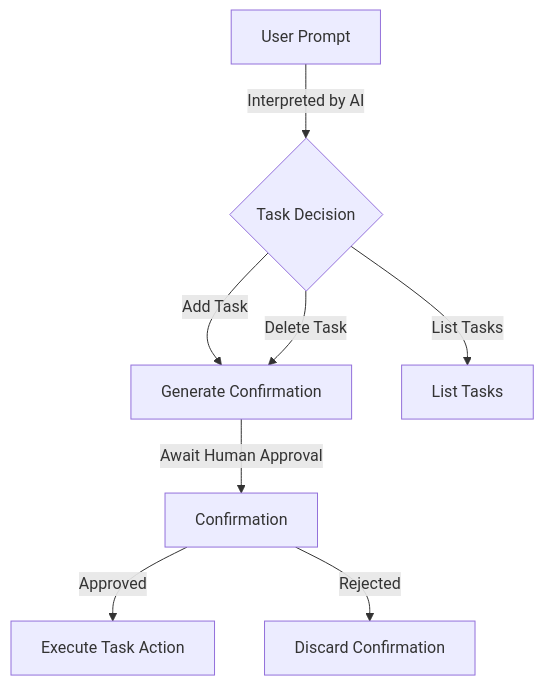
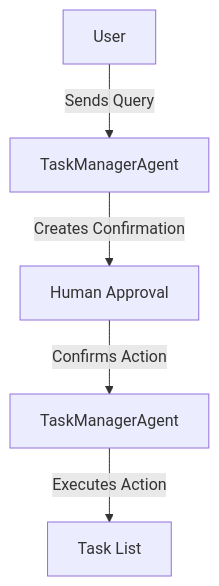
Before and after one commit to reeawnc/cloudflare: the first of 3 diagrams in apps/agent-task-manager-human-in-the-loop/README.md, drawn with Mermaid. The commit also changed other lines of this file and 18 other files, not shown here.

````diff
--- a/apps/agent-task-manager-human-in-the-loop/README.md
+++ b/apps/agent-task-manager-human-in-the-loop/README.md
@@ -61,10 +78,7 @@
 ```mermaid
 graph TD;
-    A[User Prompt] -->|Interpreted by AI| B{Task Decision}
-    B -->|Add Task| C[Generate Confirmation]
-    B -->|Delete Task| C
-    B -->|List Tasks| D[List Tasks]
-    C -->|Await Human Approval| E[Confirmation]
-    E -->|Approved| F[Execute Task Action]
-    E -->|Rejected| G[Discard Confirmation]
+    A[User] -->|Sends Query| B[TaskManagerAgent]
+    B -->|Creates Confirmation| C[Human Approval]
+    C -->|Confirms Action| D[TaskManagerAgent]
+    D -->|Executes Action| E[Task List]
 ```
````
